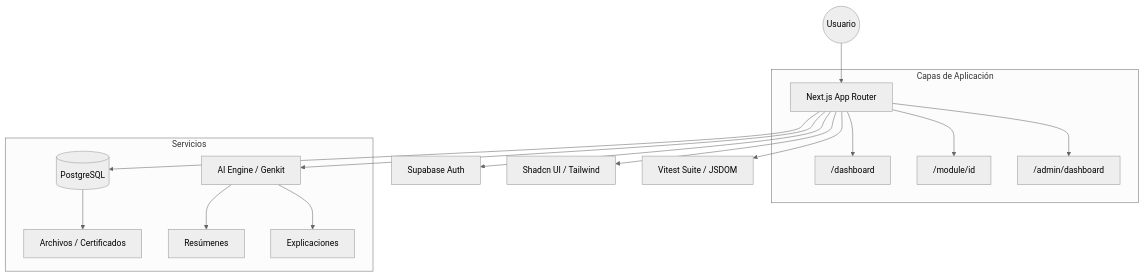
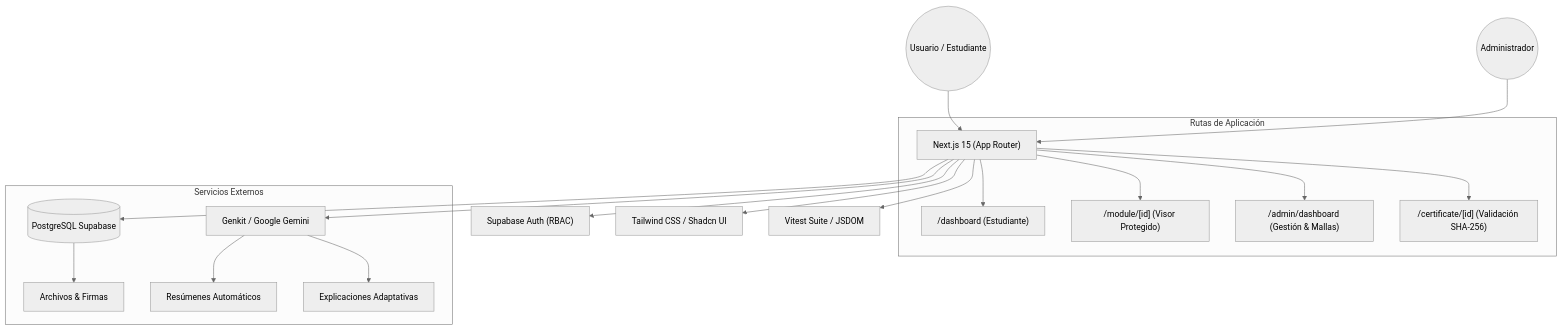
One commit to Rouchant/Dia_Cero changed the diagram in README.md. Above: the diagram before and after it, drawn with Mermaid (neutral theme). The commit also changed other lines of this file, not shown here.

````diff
--- a/README.md
+++ b/README.md
@@ -48,21 +75,23 @@
 ```mermaid
 graph TD
-    User((Usuario)) --> NextJS["Next.js App Router"]
-    NextJS --> Auth["Supabase Auth"]
-    NextJS --> DB[(PostgreSQL)]
-    NextJS --> AI["AI Engine / Genkit"]
-    NextJS --> UI["Shadcn UI / Tailwind"]
+    User((Usuario / Estudiante)) --> NextJS["Next.js 15 (App Router)"]
+    Admin((Administrador)) --> NextJS
+    NextJS --> Auth["Supabase Auth (RBAC)"]
+    NextJS --> DB[(PostgreSQL Supabase)]
+    NextJS --> AI["Genkit / Google Gemini"]
+    NextJS --> UI["Tailwind CSS / Shadcn UI"]
     NextJS --> Tests["Vitest Suite / JSDOM"]
     
-    subgraph "Capas de Aplicación"
-        NextJS --> Dashboard["/dashboard"]
-        NextJS --> Module["/module/id"]
-        NextJS --> Admin["/admin/dashboard"]
+    subgraph "Rutas de Aplicación"
+        NextJS --> Dashboard["/dashboard (Estudiante)"]
+        NextJS --> Module["/module/[id] (Visor Protegido)"]
+        NextJS --> AdminDash["/admin/dashboard (Gestión & Mallas)"]
+        NextJS --> Cert["/certificate/[id] (Validación SHA-256)"]
     end
     
-    subgraph "Servicios"
-        DB --> Storage["Archivos / Certificados"]
-        AI --> Summaries[Resúmenes]
-        AI --> Explanations[Explicaciones]
+    subgraph "Servicios Externos"
+        DB --> Storage["Archivos & Firmas"]
+        AI --> Summaries["Resúmenes Automáticos"]
+        AI --> Analogies["Explicaciones Adaptativas"]
     end
 ```
````
